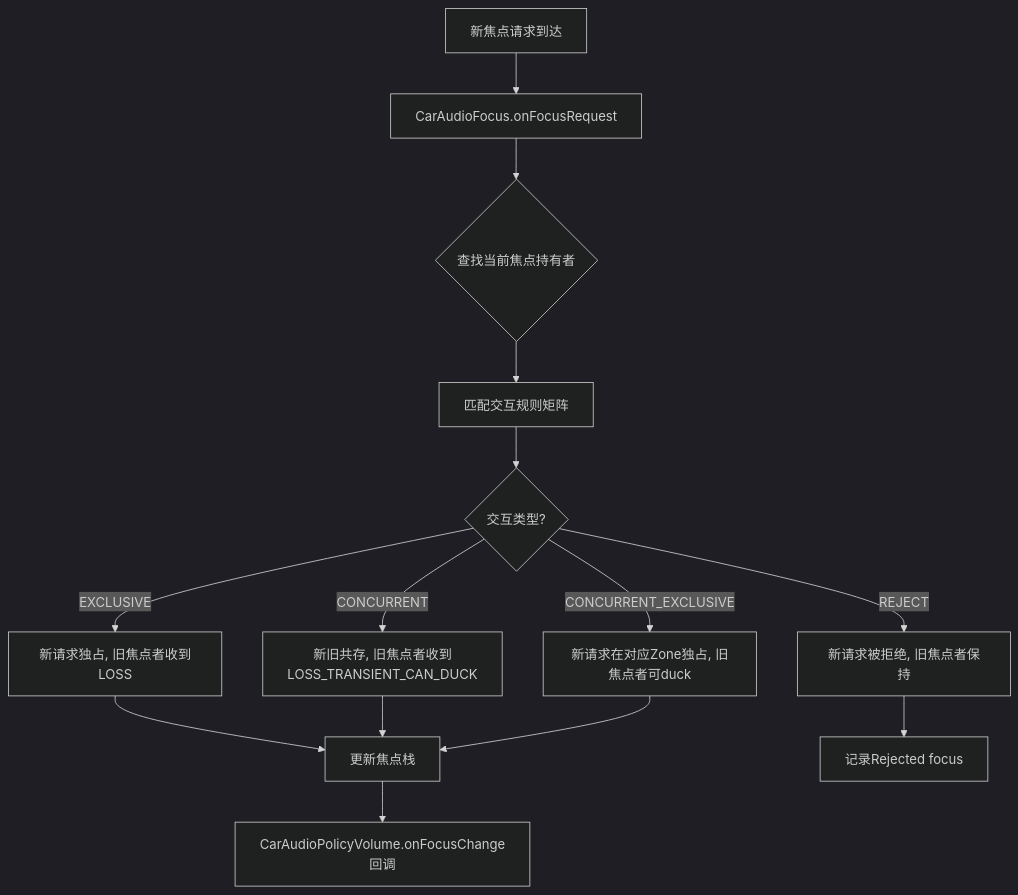
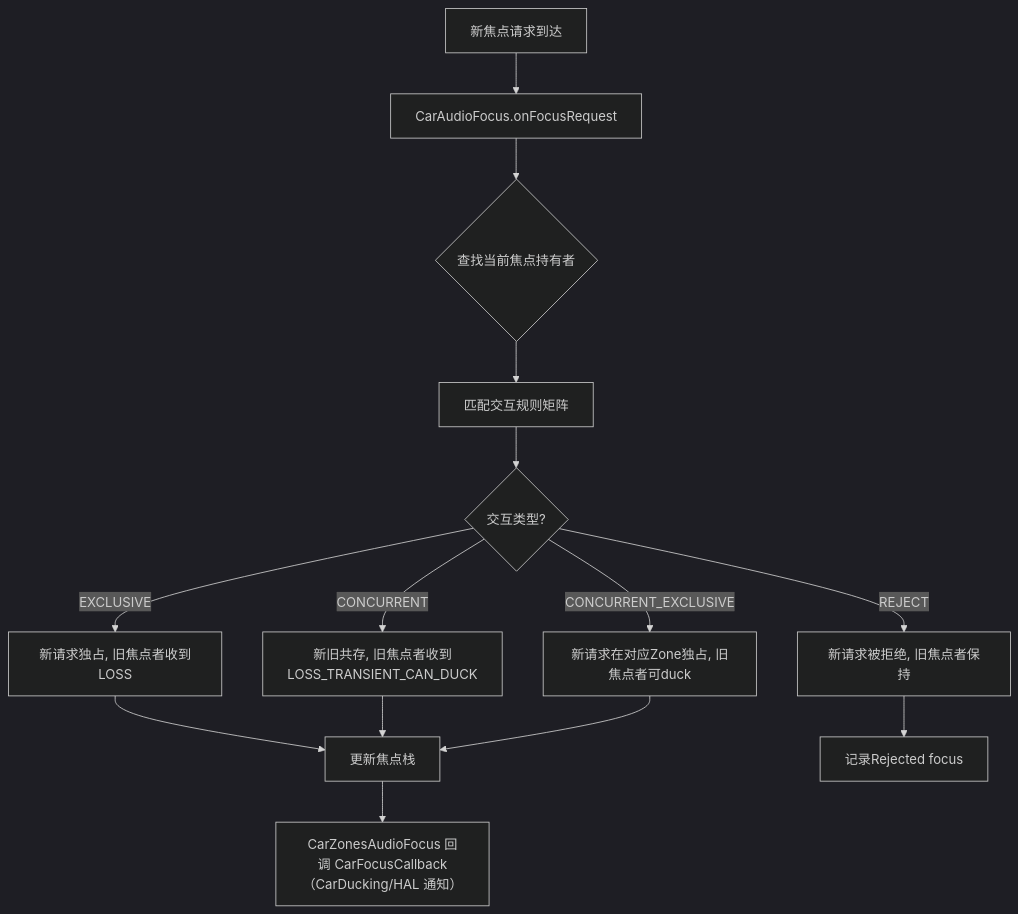
The first of 4 diagrams in 17_Debug_and_OEM_Guide/17_17.8_AAOS_CarAudio调试.md (yanglinzhen1022/SA8295_AAOS_QNX_Audio_KnowledgeBase), drawn with Mermaid (dark theme) before and after one commit. The commit also changed other lines of this file and 12 other files, not shown here.

````diff
--- a/17_Debug_and_OEM_Guide/17_17.8_AAOS_CarAudio调试.md
+++ b/17_Debug_and_OEM_Guide/17_17.8_AAOS_CarAudio调试.md
@@ -40,16 +50,16 @@
 ```mermaid
 flowchart TB
     A[新焦点请求到达] --> B[CarAudioFocus.onFocusRequest]
     B --> C{查找当前焦点持有者}
     C --> D[匹配交互规则矩阵]
     D --> E{交互类型?}
     E -->|EXCLUSIVE| F[新请求独占, 旧焦点者收到LOSS]
     E -->|REJECT| G[新请求被拒绝, 旧焦点者保持]
     E -->|CONCURRENT| H[新旧共存, 旧焦点者收到LOSS_TRANSIENT_CAN_DUCK]
     E -->|CONCURRENT_EXCLUSIVE| I[新请求在对应Zone独占, 旧焦点者可duck]
     F --> J[更新焦点栈]
     G --> K[记录Rejected focus]
     H --> J
     I --> J
-    J --> L[CarAudioPolicyVolume.onFocusChange回调]
+    J --> L[CarZonesAudioFocus 回调 CarFocusCallback（CarDucking/HAL 通知）]
 ```
````
